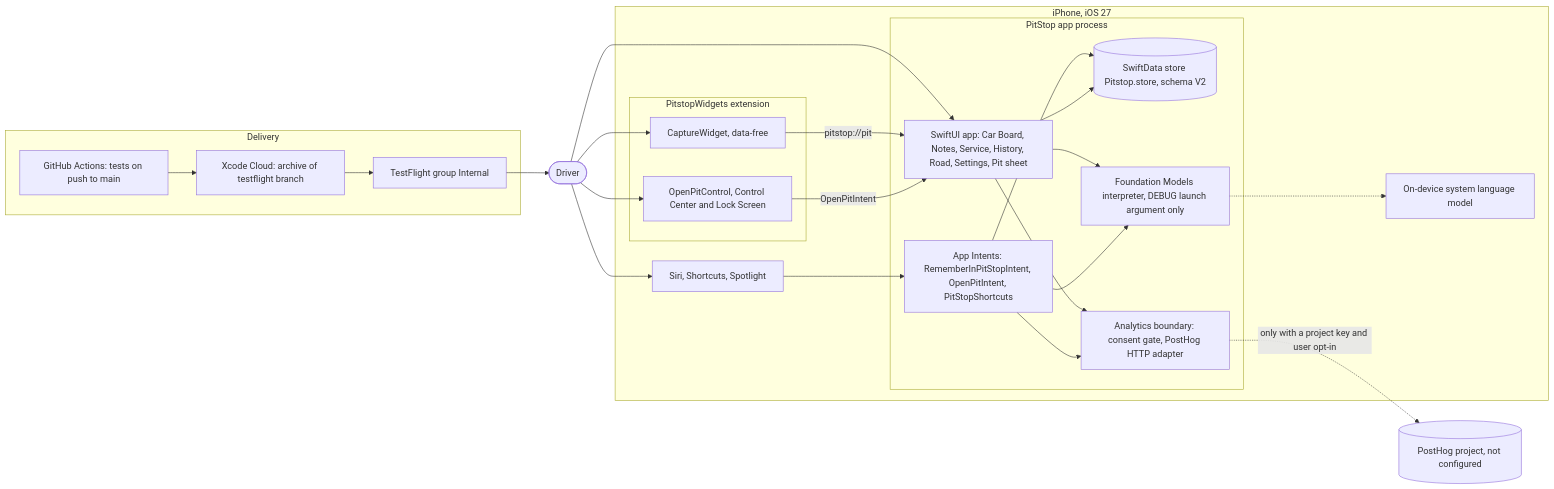
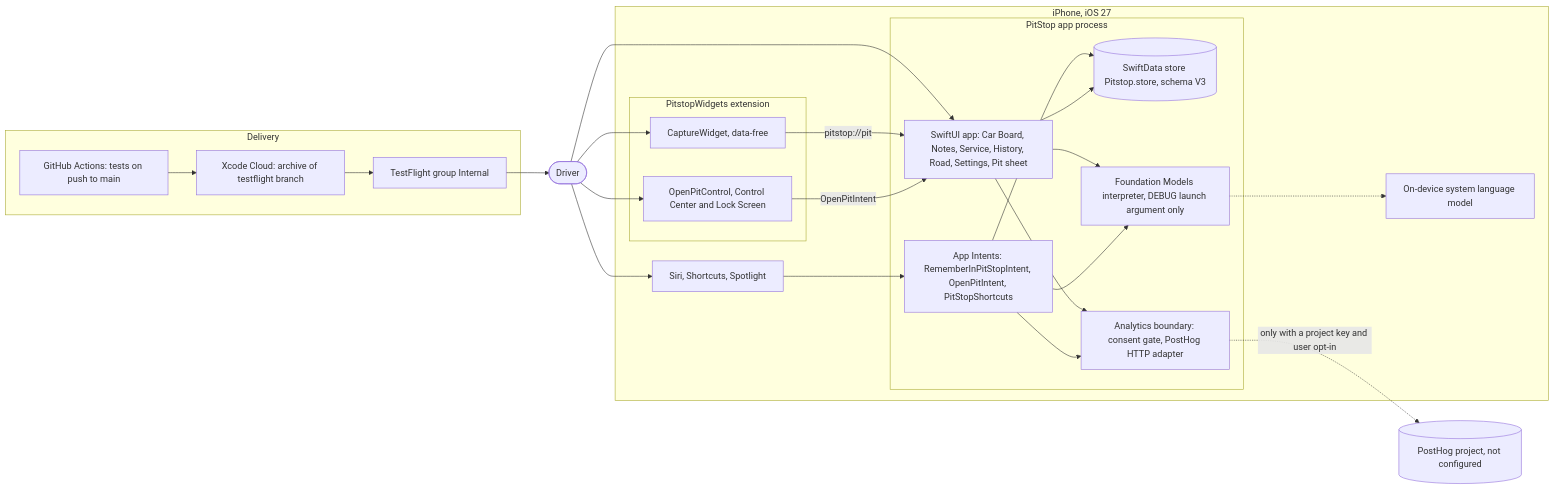
The first of 9 diagrams in docs/engineering/system-overview.md (vil4max/pitstop-ios), drawn with Mermaid before and after one commit. The commit also changed other lines of this file and 32 other files, not shown here.

````diff
--- a/docs/engineering/system-overview.md
+++ b/docs/engineering/system-overview.md
@@ -36,44 +36,44 @@
 ```mermaid
 flowchart LR
     user(["Driver"])
 
     subgraph phone["iPhone, iOS 27"]
         subgraph app["PitStop app process"]
             ui["SwiftUI app: Car Board, Notes, Service, History, Road, Settings, Pit sheet"]
             intents["App Intents: RememberInPitStopIntent, OpenPitIntent, PitStopShortcuts"]
-            store[("SwiftData store Pitstop.store, schema V2")]
+            store[("SwiftData store Pitstop.store, schema V3")]
             analytics["Analytics boundary: consent gate, PostHog HTTP adapter"]
             fm["Foundation Models interpreter, DEBUG launch argument only"]
         end
         subgraph ext["PitstopWidgets extension"]
             widget["CaptureWidget, data-free"]
             control["OpenPitControl, Control Center and Lock Screen"]
         end
         siri["Siri, Shortcuts, Spotlight"]
         model["On-device system language model"]
     end
 
     posthog[("PostHog project, not configured")]
     subgraph delivery["Delivery"]
         gha["GitHub Actions: tests on push to main"]
         xcc["Xcode Cloud: archive of testflight branch"]
         tf["TestFlight group Internal"]
     end
 
     user --> ui
     user --> siri
     user --> widget
     user --> control
     siri --> intents
     intents --> store
     ui --> store
     widget -- "pitstop://pit" --> ui
     control -- "OpenPitIntent" --> ui
     ui --> fm
     intents --> fm
     fm -.-> model
     ui --> analytics
     intents --> analytics
     analytics -. "only with a project key and user opt-in" .-> posthog
     gha --> xcc --> tf --> user
 ```
````
